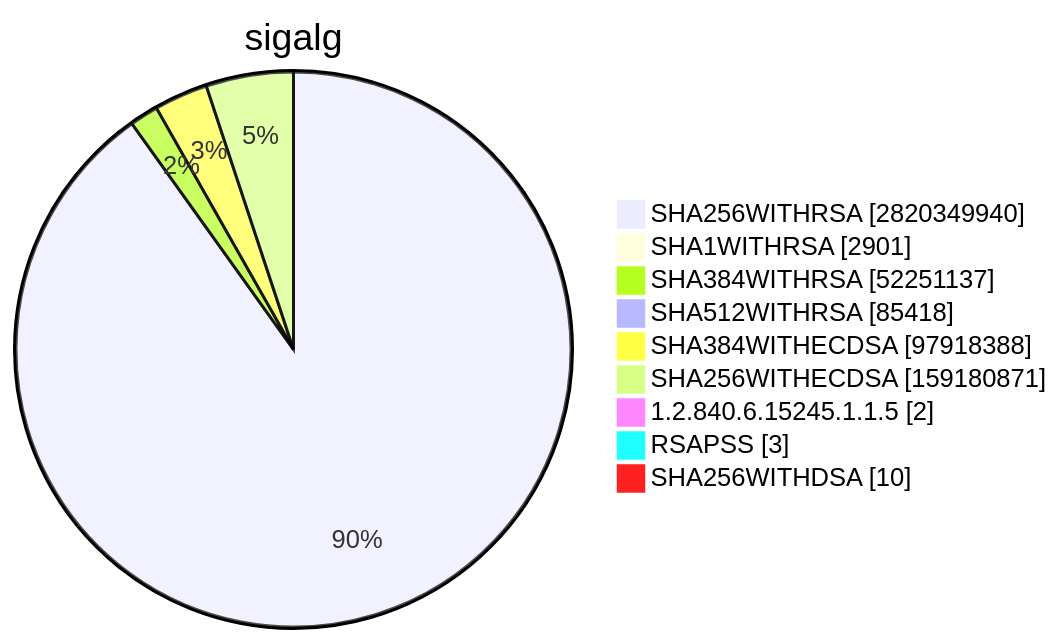
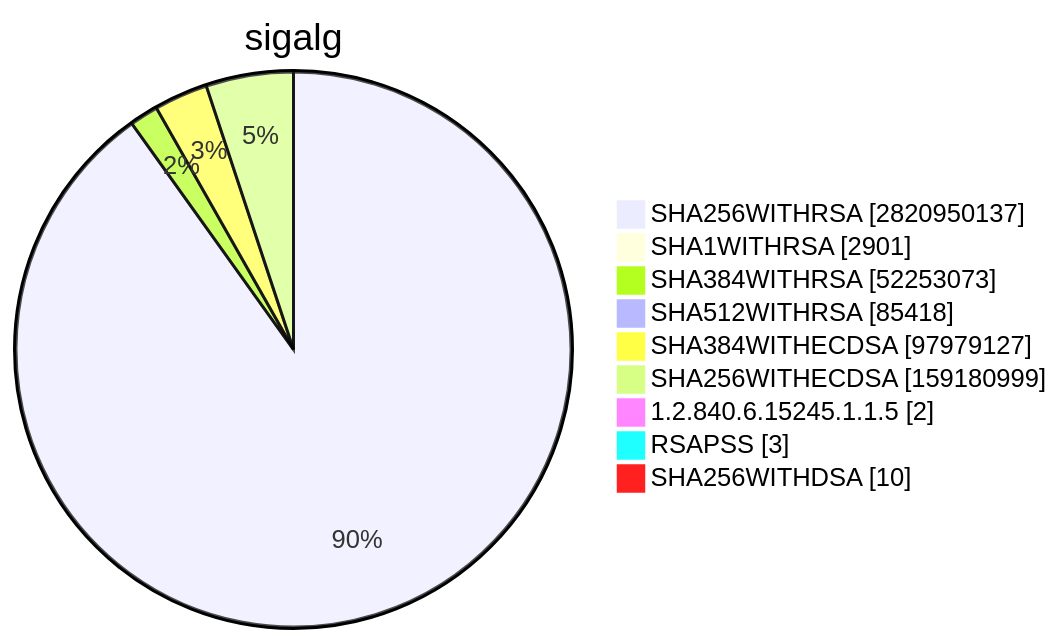
Diagram 15 of 15 in TOTAL/README.md (christiankrug/ctmonitor_visualization), drawn with Mermaid before and after one commit. The commit also changed other lines of this file, not shown here.

````diff
--- a/TOTAL/README.md
+++ b/TOTAL/README.md
@@ -6205,13 +6205,13 @@
 ```mermaid
 pie showData
 title sigalg
-"SHA256WITHRSA" :2820349940
+"SHA256WITHRSA" :2820950137
 "SHA1WITHRSA" :2901
-"SHA384WITHRSA" :52251137
+"SHA384WITHRSA" :52253073
 "SHA512WITHRSA" :85418
-"SHA384WITHECDSA" :97918388
-"SHA256WITHECDSA" :159180871
+"SHA384WITHECDSA" :97979127
+"SHA256WITHECDSA" :159180999
 "1.2.840.6.15245.1.1.5" :2
 "RSAPSS" :3
 "SHA256WITHDSA" :10
 ```
````
